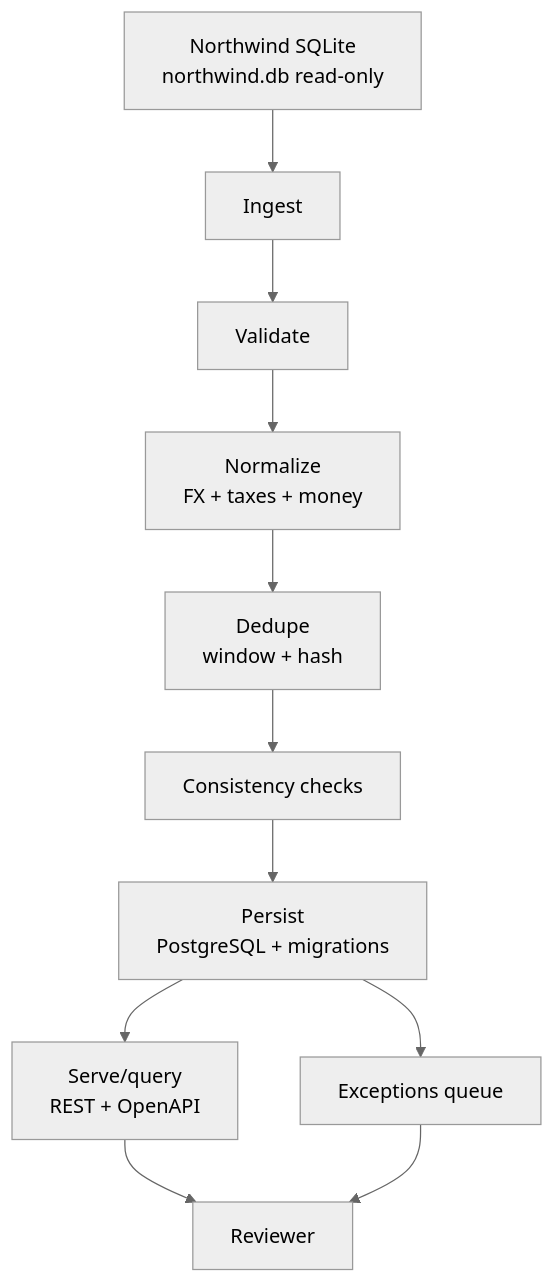
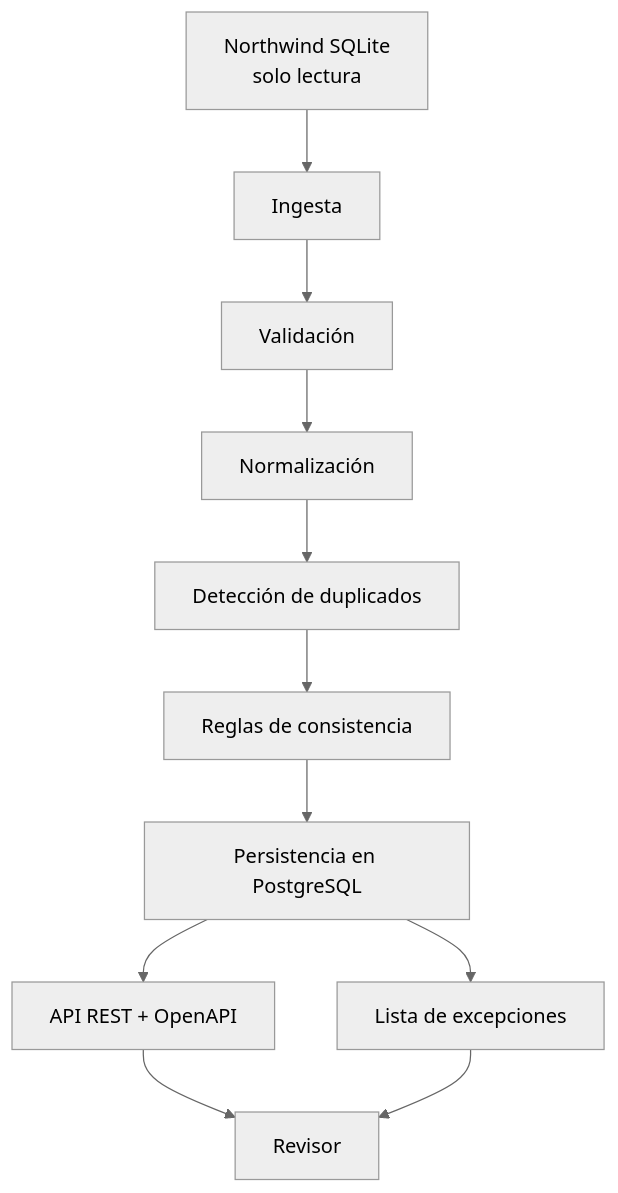
The diagram in README.md (mhrobles/LedgeProject), drawn with Mermaid (neutral theme) before and after one commit. The commit also changed other lines of this file, not shown here.

````diff
--- a/README.md
+++ b/README.md
@@ -9,13 +20,13 @@
 ```mermaid
 graph TD
-	A[Northwind SQLite<br/>northwind.db read-only] --> B[Ingest]
-	B --> C[Validate]
-	C --> D[Normalize<br/>FX + taxes + money]
-	D --> E[Dedupe<br/>window + hash]
-	E --> F[Consistency checks]
-	F --> G[Persist<br/>PostgreSQL + migrations]
-	G --> H[Serve/query<br/>REST + OpenAPI]
-	G --> I[Exceptions queue]
-	H --> J[Reviewer]
-	I --> J
+  A[Northwind SQLite<br/>solo lectura] --> B[Ingesta]
+  B --> C[Validación]
+  C --> D[Normalización]
+  D --> E[Detección de duplicados]
+  E --> F[Reglas de consistencia]
+  F --> G[Persistencia en PostgreSQL]
+  G --> H[API REST + OpenAPI]
+  G --> I[Lista de excepciones]
+  H --> J[Revisor]
+  I --> J
 ```
````
